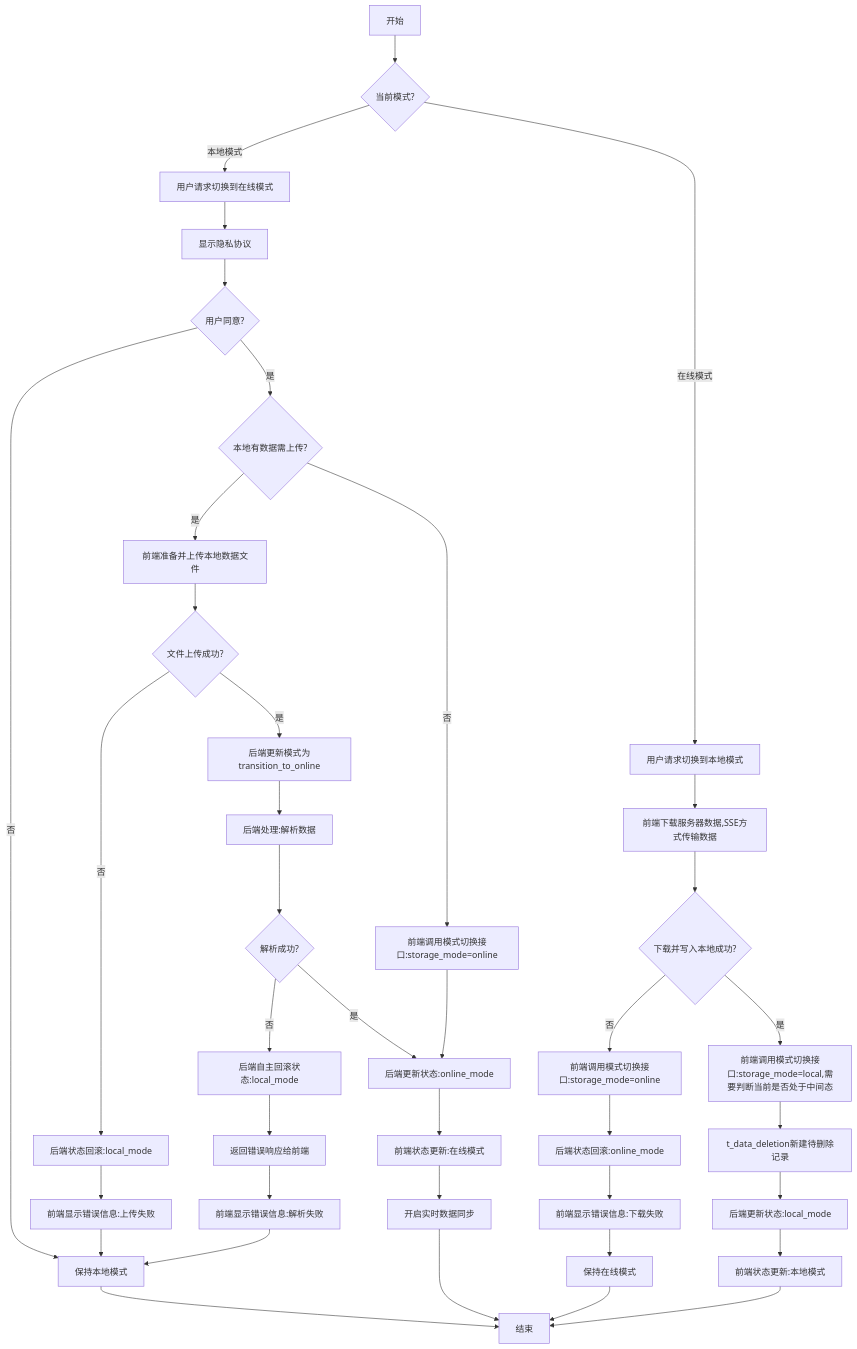
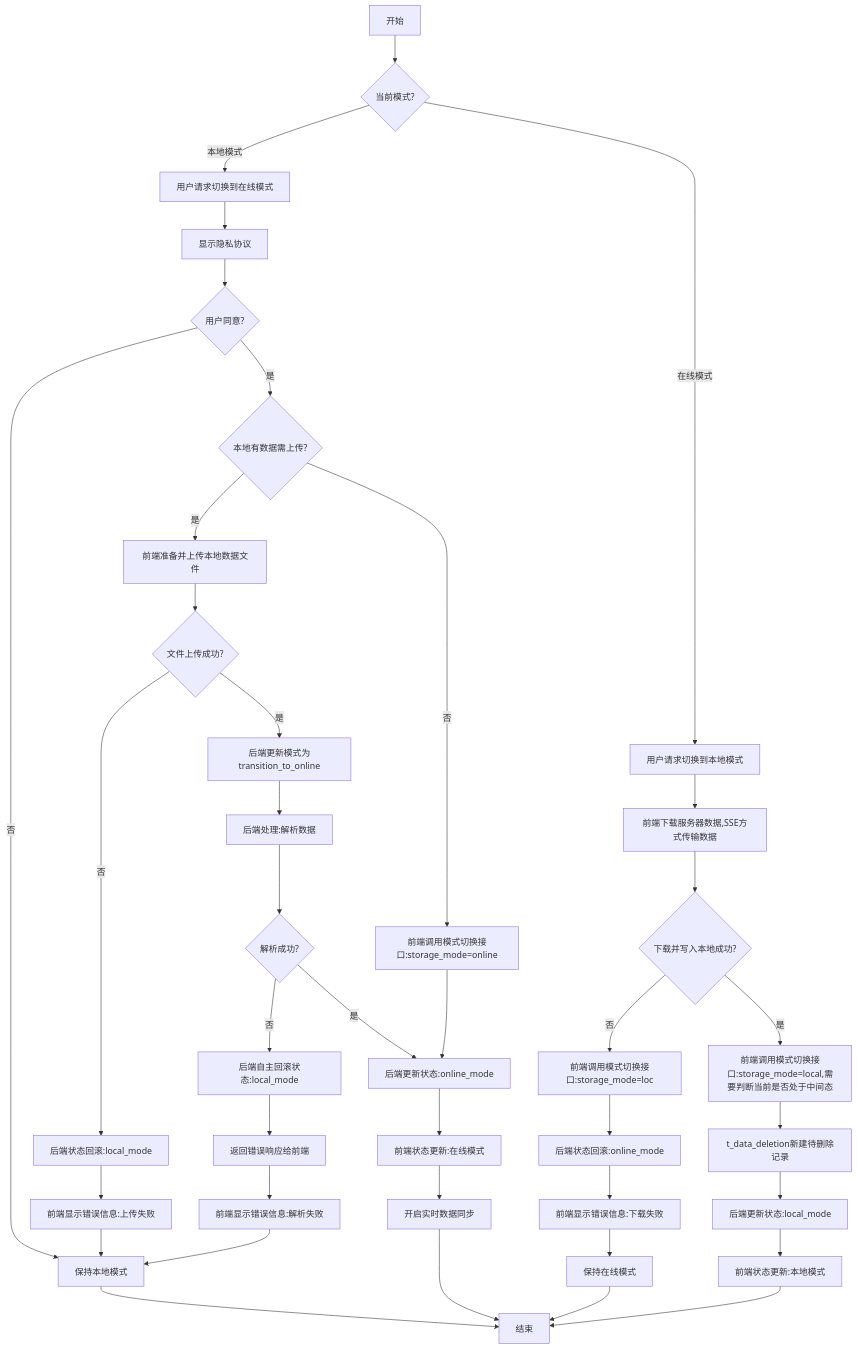
The diagram in all/未命名-68.md (yingjianzh/iodraw-files), drawn with Mermaid before and after one commit.

Commit message:
2025-06-04 10:06:51 update

````diff
--- a/all/未命名-68.md
+++ b/all/未命名-68.md
@@ -1,63 +1,63 @@
 ```mermaid
 
 flowchart TD
     A[开始] --> B{当前模式?}
     
     %% 本地模式转在线模式
     B -->|本地模式| C[用户请求切换到在线模式]
     C --> D[显示隐私协议]
     D --> E{用户同意?}
 
 
     E -->|否| F[保持本地模式]
     F --> Z[结束]
     
     E -->|是| J{本地有数据需上传?}
     
     %% 有本地数据需上传的情况
     J -->|是| K[前端准备并上传本地数据文件]
     K --> L{文件上传成功?}
     
     %% 上传失败的情况
     L -->|否| N[后端状态回滚:local_mode]
     N --> O[前端显示错误信息:上传失败]
     O --> F
     
     %% 上传成功但解析失败的情况
     L -->|是| G[后端更新模式为transition_to_online]
     G --> P[后端处理:解析数据]
     P --> Q{解析成功?}
     Q -->|否| R[后端自主回滚状态:local_mode]
     R --> S[返回错误响应给前端]
     S --> T[前端显示错误信息:解析失败]
     T --> F
     
     %% 全部成功的情况
     Q -->|是| U[后端更新状态:online_mode]
     J -->|否| V[前端调用模式切换接口:storage_mode=online]
     V --> U
     
     U --> W[前端状态更新:在线模式]
     W --> X[开启实时数据同步]
     X --> Z
     
     %% 在线模式转本地模式
     B -->|在线模式| AA[用户请求切换到本地模式]
     AA --> AE[前端下载服务器数据,SSE方式传输数据]
     AE --> AF{下载并写入本地成功?}
     
     %% 下载失败的情况
-    AF -->|否| AG[前端调用模式切换接口:storage_mode=online]
+    AF -->|否| AG[前端调用模式切换接口:storage_mode=loc]
     AG --> AH[后端状态回滚:online_mode]
     AH --> AI[前端显示错误信息:下载失败]
     AI --> AJ[保持在线模式]
     AJ --> Z
     
     %% 下载成功的情况
     AF -->|是| AK[前端调用模式切换接口:storage_mode=local,需要判断当前是否处于中间态]
     AK --> AL[t_data_deletion新建待删除记录]
     AL --> AM[后端更新状态:local_mode]
     AM --> AN[前端状态更新:本地模式]
     AN --> Z
 
 ```
````
